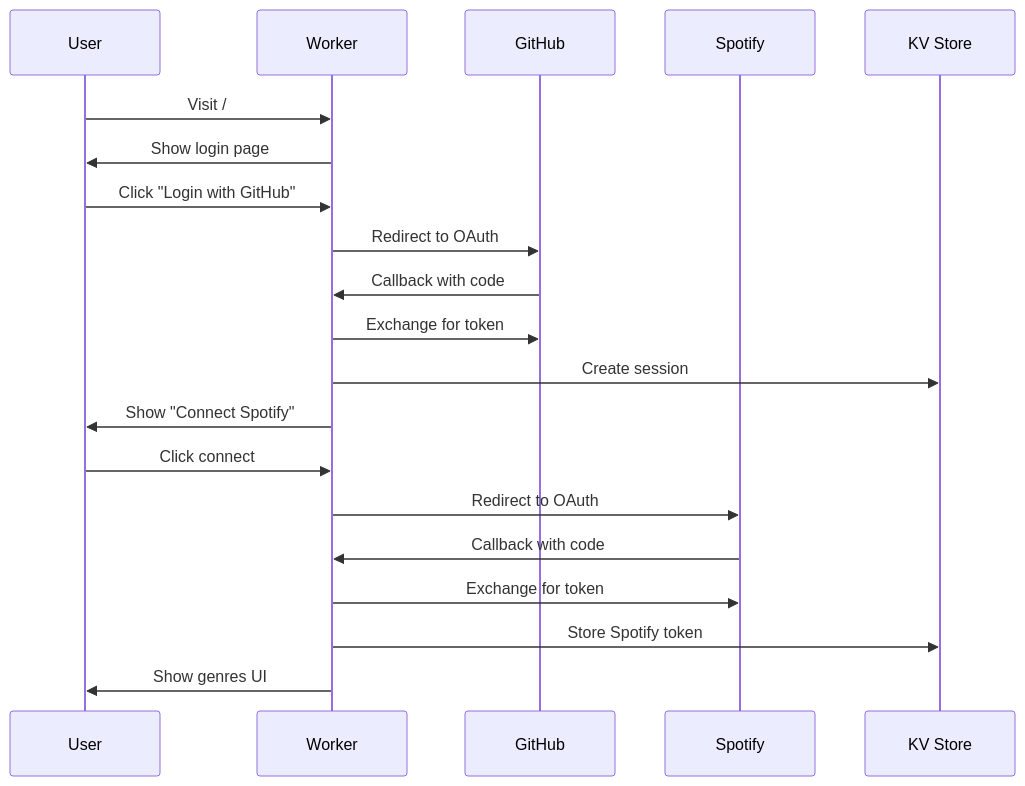
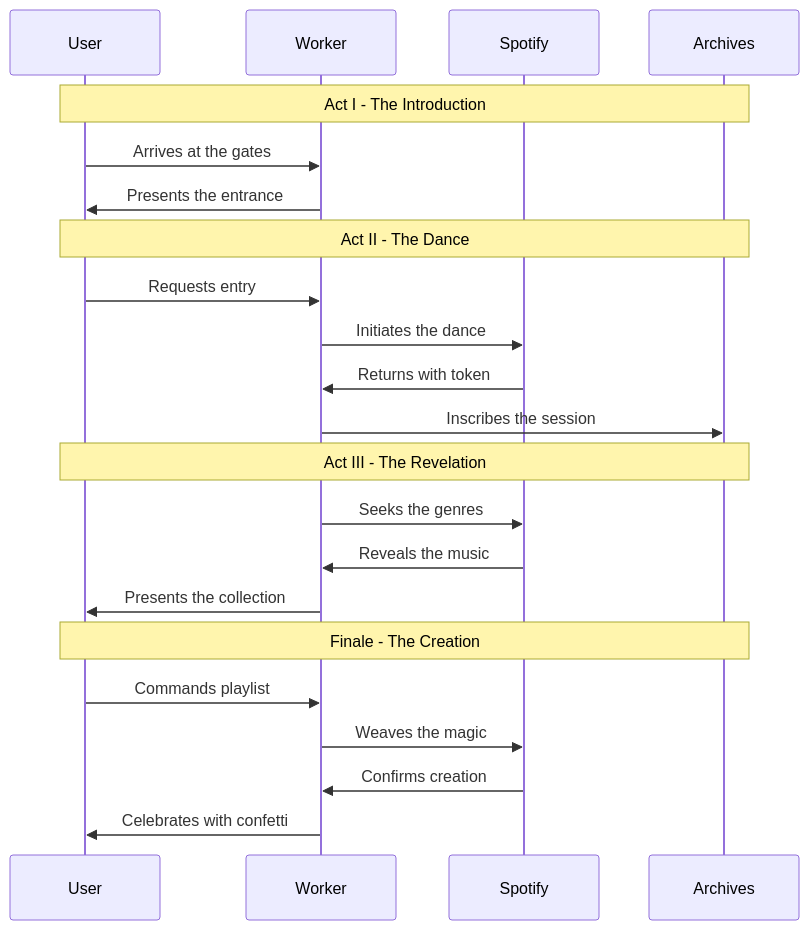
One commit to TomsTech/spotify-genre-sorter changed the second of 3 diagrams in README.md. Above: the diagram before and after it, drawn with Mermaid. The commit also changed other lines of this file, not shown here.

````diff
--- a/README.md
+++ b/README.md
@@ -289,23 +225,28 @@
 ```mermaid
 sequenceDiagram
     participant U as User
     participant W as Worker
-    participant G as GitHub
     participant S as Spotify
-    participant K as KV Store
+    participant K as Archives
 
-    U->>W: Visit /
-    W->>U: Show login page
-    U->>W: Click "Login with GitHub"
-    W->>G: Redirect to OAuth
-    G->>W: Callback with code
-    W->>G: Exchange for token
-    W->>K: Create session
-    W->>U: Show "Connect Spotify"
-    U->>W: Click connect
-    W->>S: Redirect to OAuth
-    S->>W: Callback with code
-    W->>S: Exchange for token
-    W->>K: Store Spotify token
-    W->>U: Show genres UI
+    Note over U,K: Act I - The Introduction
+    U->>W: Arrives at the gates
+    W->>U: Presents the entrance
+
+    Note over U,K: Act II - The Dance
+    U->>W: Requests entry
+    W->>S: Initiates the dance
+    S->>W: Returns with token
+    W->>K: Inscribes the session
+
+    Note over U,K: Act III - The Revelation
+    W->>S: Seeks the genres
+    S->>W: Reveals the music
+    W->>U: Presents the collection
+
+    Note over U,K: Finale - The Creation
+    U->>W: Commands playlist
+    W->>S: Weaves the magic
+    S->>W: Confirms creation
+    W->>U: Celebrates with confetti
 ```
````
